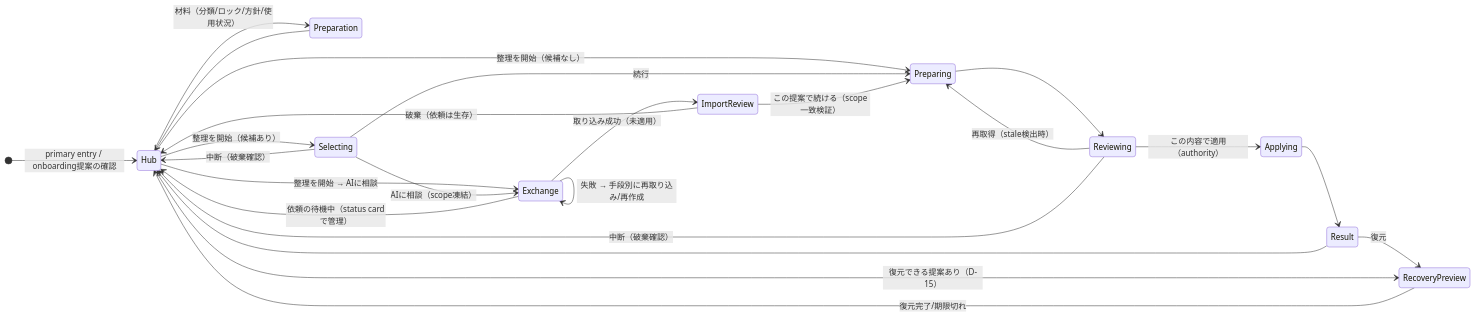
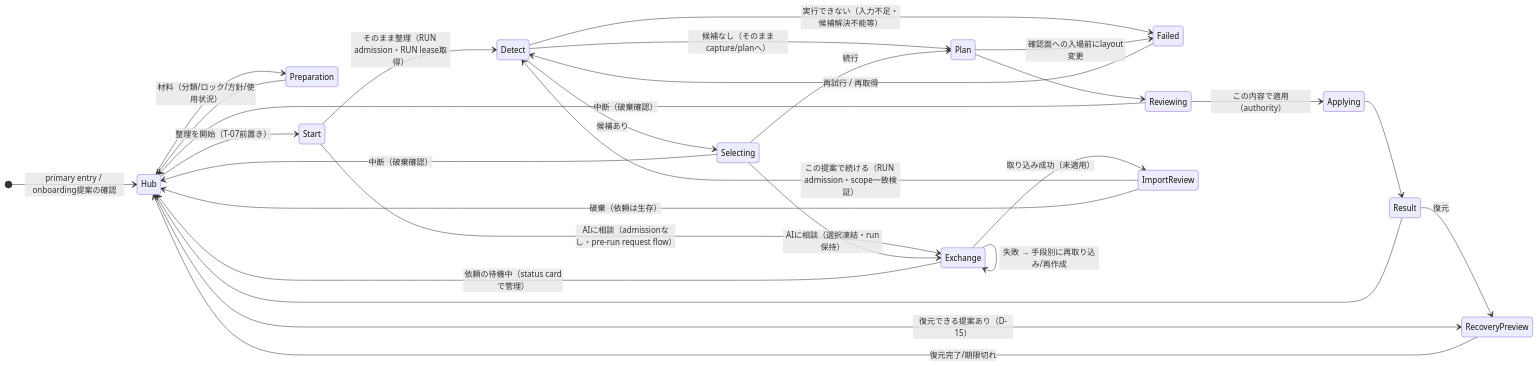
One commit to nunu1733/NunuLauncher changed the diagram in docs/product/organizer-to-be-ux.md. Above: the diagram before and after it, drawn with Mermaid. The commit also changed other lines of this file, not shown here.

Commit message:
docs(361): address owner review (run order, AI lease boundary, stale contract, apply-phase interrupts, recent-result lifetime)

````diff
--- a/docs/product/organizer-to-be-ux.md
+++ b/docs/product/organizer-to-be-ux.md
@@ -136,27 +140,32 @@
 ```mermaid
 stateDiagram-v2
     direction LR
     [*] --> Hub: primary entry / onboarding提案の確認
     Hub --> Preparation: 材料（分類/ロック/方針/使用状況）
     Preparation --> Hub
-    Hub --> Selecting: 整理を開始（候補あり）
-    Hub --> Preparing: 整理を開始（候補なし）
-    Hub --> Exchange: 整理を開始 → AIに相談
-    Selecting --> Preparing: 続行
-    Selecting --> Exchange: AIに相談（scope凍結）
+    Hub --> Start: 整理を開始（T-07前置き）
+    state Start <<choice>>
+    Start --> Detect: そのまま整理（RUN admission・RUN lease取得）
+    Start --> Exchange: AIに相談（admissionなし・pre-run request flow）
+    Detect --> Selecting: 候補あり
+    Detect --> Plan: 候補なし（そのままcapture/planへ）
+    Selecting --> Plan: 続行
     Selecting --> Hub: 中断（破棄確認）
-    Exchange --> Hub: 依頼の待機中（status cardで管理）
-    Exchange --> ImportReview: 取り込み成功（未適用）
-    Exchange --> Exchange: 失敗 → 手段別に再取り込み/再作成
-    ImportReview --> Preparing: この提案で続ける（scope一致検証）
-    ImportReview --> Hub: 破棄（依頼は生存）
-    Preparing --> Reviewing
+    Selecting --> Exchange: AIに相談（選択凍結・run保持）
+    Detect --> Failed: 実行できない（入力不足・候補解決不能等）
+    Plan --> Reviewing
+    Plan --> Failed: 確認面への入場前にlayout変更
+    Failed --> Detect: 再試行 / 再取得
     Reviewing --> Applying: この内容で適用（authority）
-    Reviewing --> Preparing: 再取得（stale検出時）
     Reviewing --> Hub: 中断（破棄確認）
     Applying --> Result
     Result --> Hub
     Result --> RecoveryPreview: 復元
     Hub --> RecoveryPreview: 復元できる提案あり（D-15）
     RecoveryPreview --> Hub: 復元完了/期限切れ
+    Exchange --> Hub: 依頼の待機中（status cardで管理）
+    Exchange --> ImportReview: 取り込み成功（未適用）
+    Exchange --> Exchange: 失敗 → 手段別に再取り込み/再作成
+    ImportReview --> Detect: この提案で続ける（RUN admission・scope一致検証）
+    ImportReview --> Hub: 破棄（依頼は生存）
 ```
````
